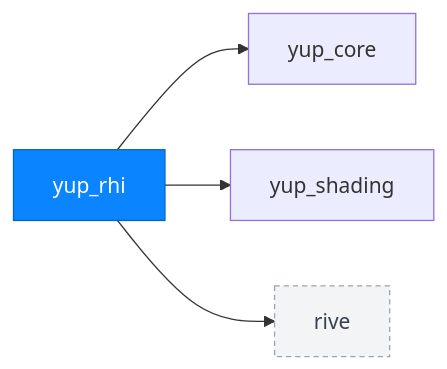
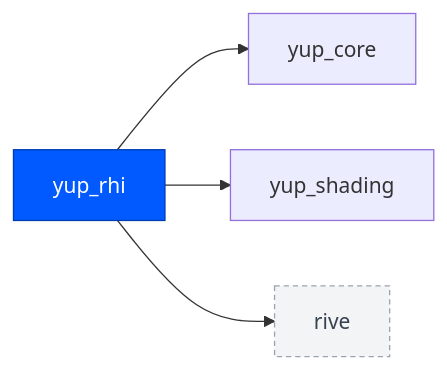
The sixth of 23 diagrams in docs/modules.md (kunitoki/yup), drawn with Mermaid before and after one commit. The commit also changed other lines of this file and 97 other files, not shown here.

````diff
--- a/docs/modules.md
+++ b/docs/modules.md
@@ -149,8 +149,8 @@
 ```mermaid
 flowchart LR
     yup_rhi:::self --> yup_core
     yup_rhi --> yup_shading
     yup_rhi --> rive:::ext
-    classDef self fill:#0a84ff,color:#fff,stroke:#0066cc;
+    classDef self fill:#005aff,color:#fff,stroke:#003db3;
     classDef ext fill:#f3f4f6,color:#374151,stroke:#9ca3af,stroke-dasharray:4 3;
 ```
````
